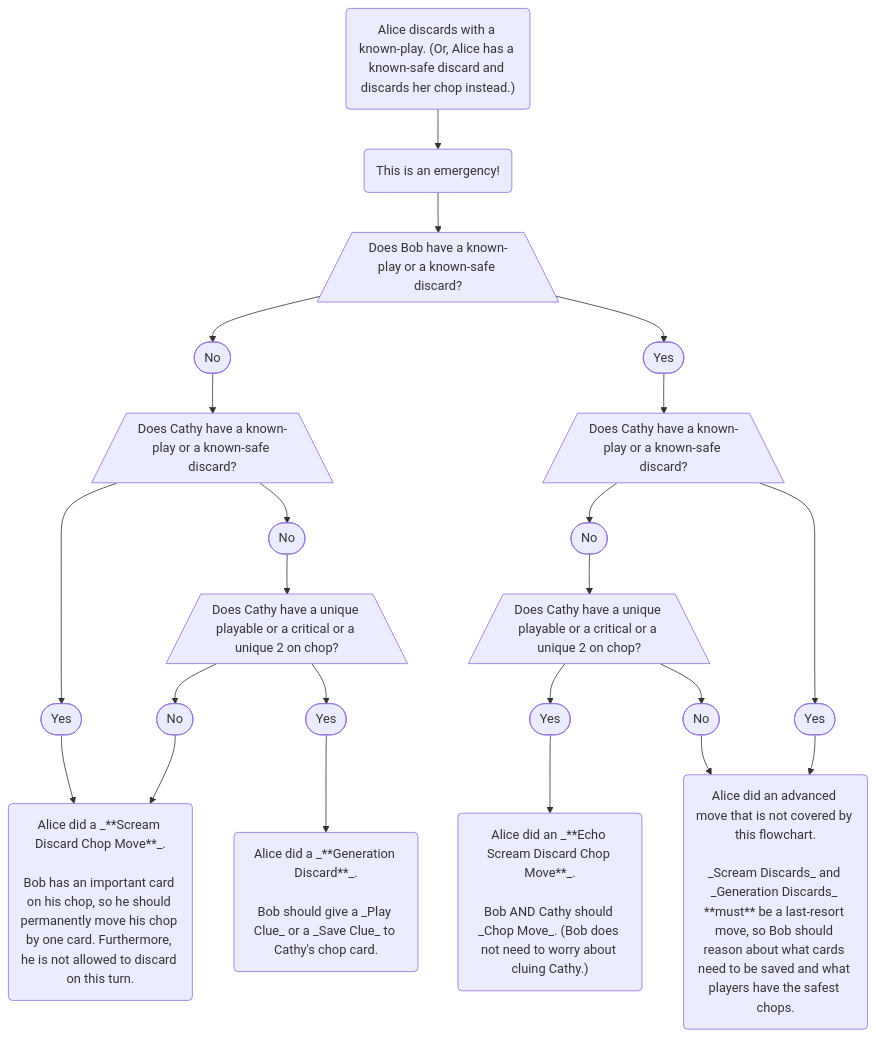
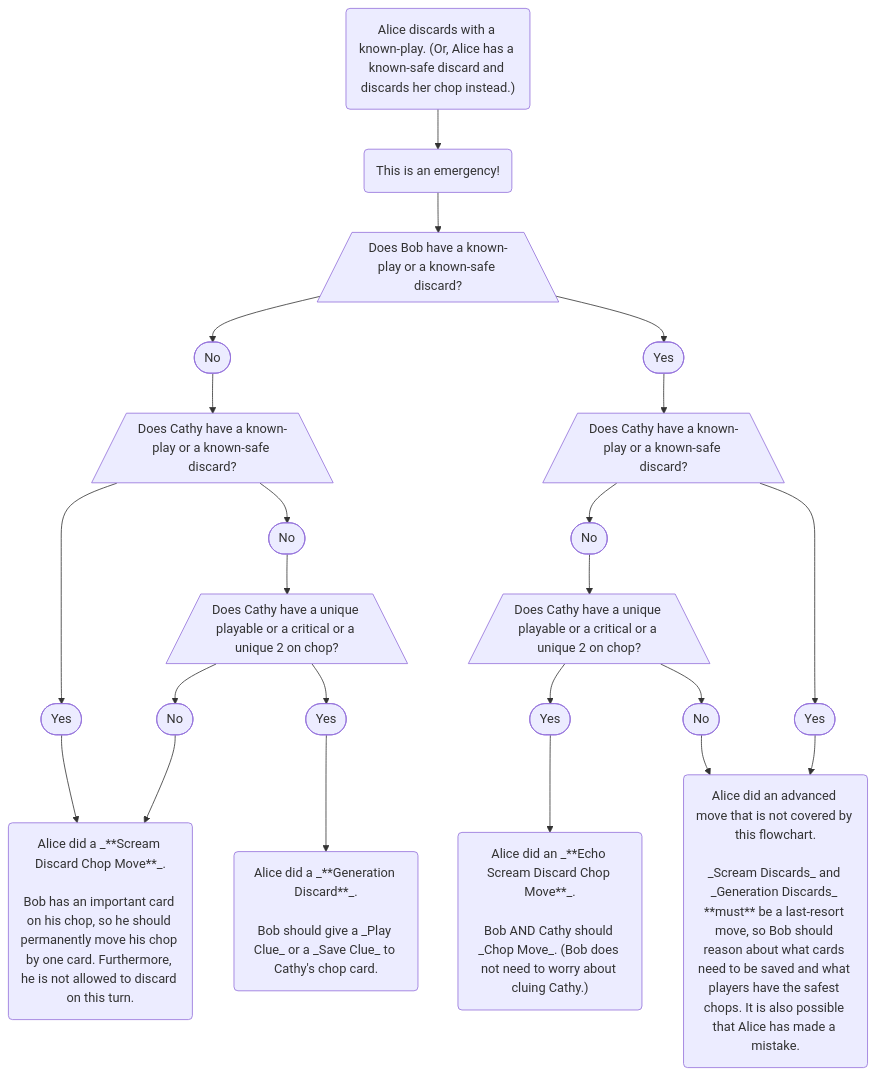
The diagram in docs/level-7.mdx (hanabi/hanabi.github.io), drawn with Mermaid before and after one commit. The commit also changed other lines of this file, not shown here.

````diff
--- a/docs/level-7.mdx
+++ b/docs/level-7.mdx
@@ -55,53 +55,53 @@
 ```mermaid
 flowchart TD;
 
 S1("Alice discards with a known-play. (Or, Alice has a known-safe discard and discards her chop instead.)")
 S2("This is an emergency!")
 D1[/Does Bob have a known-play or a known-safe discard?\]
 D1Y([Yes])
 D1N([No])
 D2[/Does Cathy have a known-play or a known-safe discard?\]
 D2Y([Yes])
 D2N([No])
 D3[/Does Cathy have a unique playable or a critical or a unique 2 on chop?\]
 D3Y([Yes])
 D3N([No])
 D3YL(Alice did a _**Generation Discard**_.<br/ ><br/ >Bob should give a _Play Clue_ or a _Save Clue_ to Cathy's chop card.)
 D3NL(Alice did a _**Scream Discard Chop Move**_.<br/ ><br/ >Bob has an important card on his chop, so he should permanently move his chop by one card. Furthermore, he is not allowed to discard on this turn.)
 D4[/Does Cathy have a known-play or a known-safe discard?\]
 D4Y([Yes])
 D4N([No])
-D4YL(Alice did an advanced move that is not covered by this flowchart.<br/ ><br/ >_Scream Discards_ and _Generation Discards_ **must** be a last-resort move, so Bob should reason about what cards need to be saved and what players have the safest chops.)
+D4YL(Alice did an advanced move that is not covered by this flowchart.<br/ ><br/ >_Scream Discards_ and _Generation Discards_ **must** be a last-resort move, so Bob should reason about what cards need to be saved and what players have the safest chops. It is also possible that Alice has made a mistake.)
 D5[/Does Cathy have a unique playable or a critical or a unique 2 on chop?\]
 D5Y([Yes])
 D5N([No])
 D5YL("Alice did an _**Echo Scream Discard Chop Move**_.<br/ ><br/ >Bob AND Cathy should _Chop Move_. (Bob does not need to worry about cluing Cathy.)")
 
 class D1Y,D2Y,D3Y,D4Y,D5Y node-yes
 class D1N,D2N,D3N,D4N,D5N node-no
 class D1,D2,D3,D4,D5 node-dec
 class S,D3NL,D3YL,D5YL,D4YL node-act
 
 S1 --> S2;
 S2 --> D1;
 D1 --> D1N;
 D1 --> D1Y;
 D1N --> D2;
 D2 --> D2Y;
 D2Y --> D3NL;
 D2 --> D2N;
 D2N --> D3;
 D3 --> D3Y;
 D3 --> D3N;
 D3Y --> D3YL;
 D3N --> D3NL;
 D1Y --> D4;
 D4 --> D4N;
 D4 --> D4Y;
 D4N --> D5;
 D5 --> D5Y;
 D5 --> D5N;
 D5Y --> D5YL;
 D5N --> D4YL;
 D4Y --> D4YL;
 ```
````
